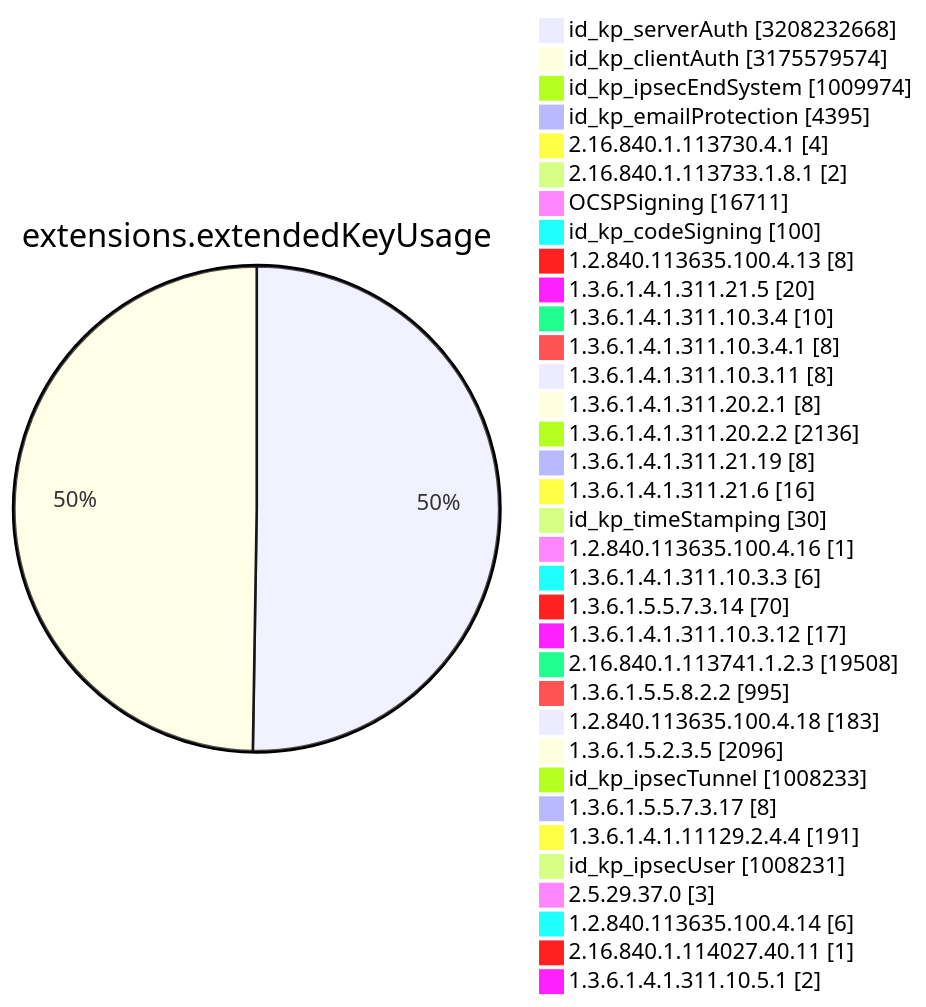
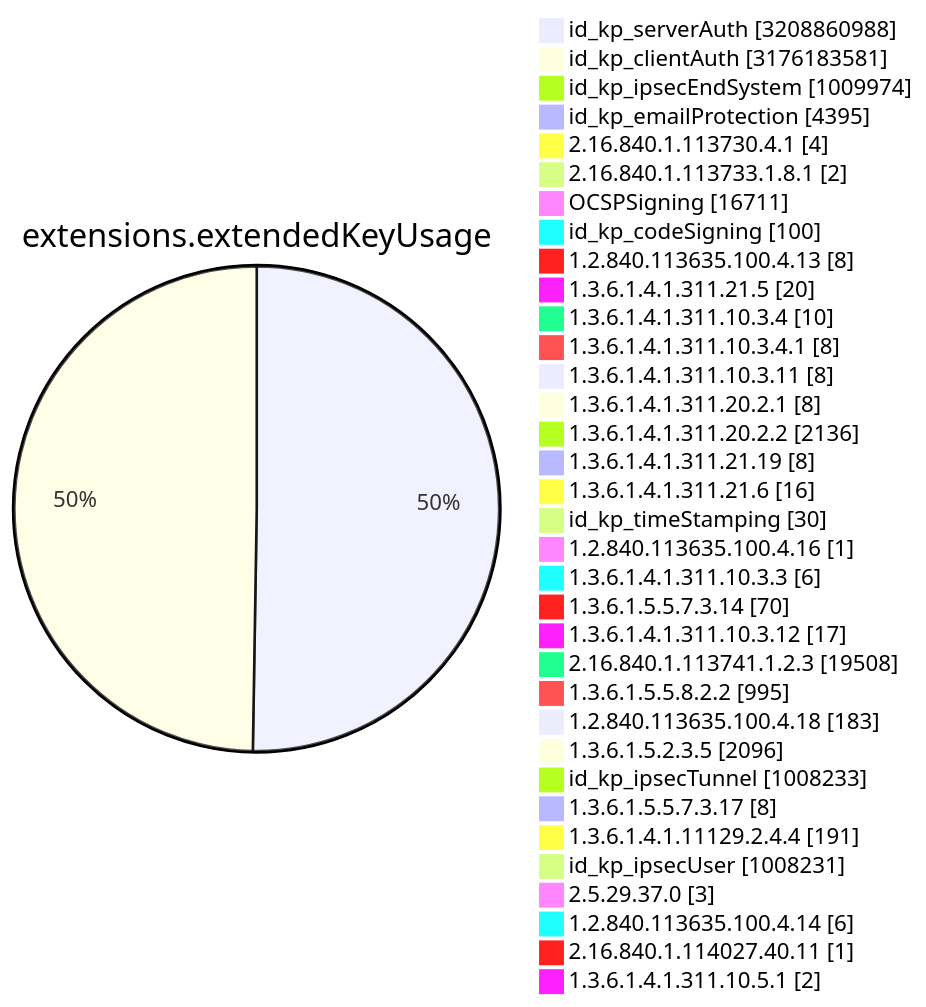
One commit to christiankrug/ctmonitor_visualization changed diagram 11 of 15 in TOTAL/README.md. Above: the diagram before and after it, drawn with Mermaid. The commit also changed other lines of this file, not shown here.

````diff
--- a/TOTAL/README.md
+++ b/TOTAL/README.md
@@ -4119,38 +4119,38 @@
 ```mermaid
 pie showData
 title extensions.extendedKeyUsage
-"id_kp_serverAuth" :3208232668
-"id_kp_clientAuth" :3175579574
+"id_kp_serverAuth" :3208860988
+"id_kp_clientAuth" :3176183581
 "id_kp_ipsecEndSystem" :1009974
 "id_kp_emailProtection" :4395
 "2.16.840.1.113730.4.1" :4
 "2.16.840.1.113733.1.8.1" :2
 "OCSPSigning" :16711
 "id_kp_codeSigning" :100
 "1.2.840.113635.100.4.13" :8
 "1.3.6.1.4.1.311.21.5" :20
 "1.3.6.1.4.1.311.10.3.4" :10
 "1.3.6.1.4.1.311.10.3.4.1" :8
 "1.3.6.1.4.1.311.10.3.11" :8
 "1.3.6.1.4.1.311.20.2.1" :8
 "1.3.6.1.4.1.311.20.2.2" :2136
 "1.3.6.1.4.1.311.21.19" :8
 "1.3.6.1.4.1.311.21.6" :16
 "id_kp_timeStamping" :30
 "1.2.840.113635.100.4.16" :1
 "1.3.6.1.4.1.311.10.3.3" :6
 "1.3.6.1.5.5.7.3.14" :70
 "1.3.6.1.4.1.311.10.3.12" :17
 "2.16.840.1.113741.1.2.3" :19508
 "1.3.6.1.5.5.8.2.2" :995
 "1.2.840.113635.100.4.18" :183
 "1.3.6.1.5.2.3.5" :2096
 "id_kp_ipsecTunnel" :1008233
 "1.3.6.1.5.5.7.3.17" :8
 "1.3.6.1.4.1.11129.2.4.4" :191
 "id_kp_ipsecUser" :1008231
 "2.5.29.37.0" :3
 "1.2.840.113635.100.4.14" :6
 "2.16.840.1.114027.40.11" :1
 "1.3.6.1.4.1.311.10.5.1" :2
 ```
````
